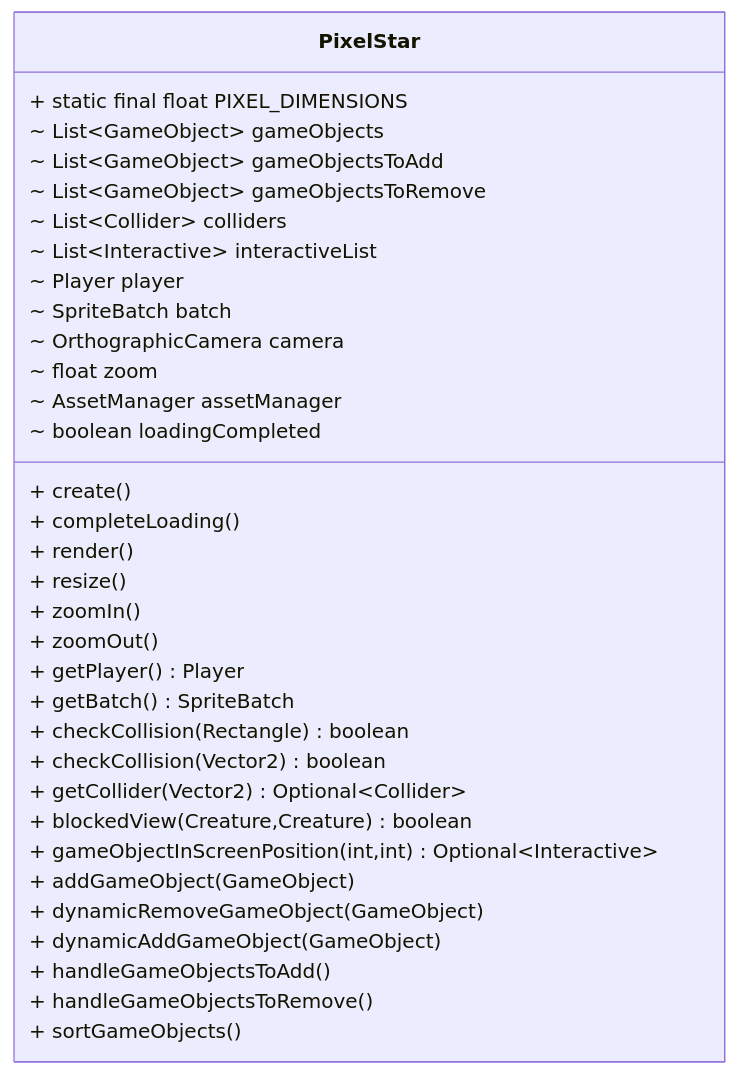
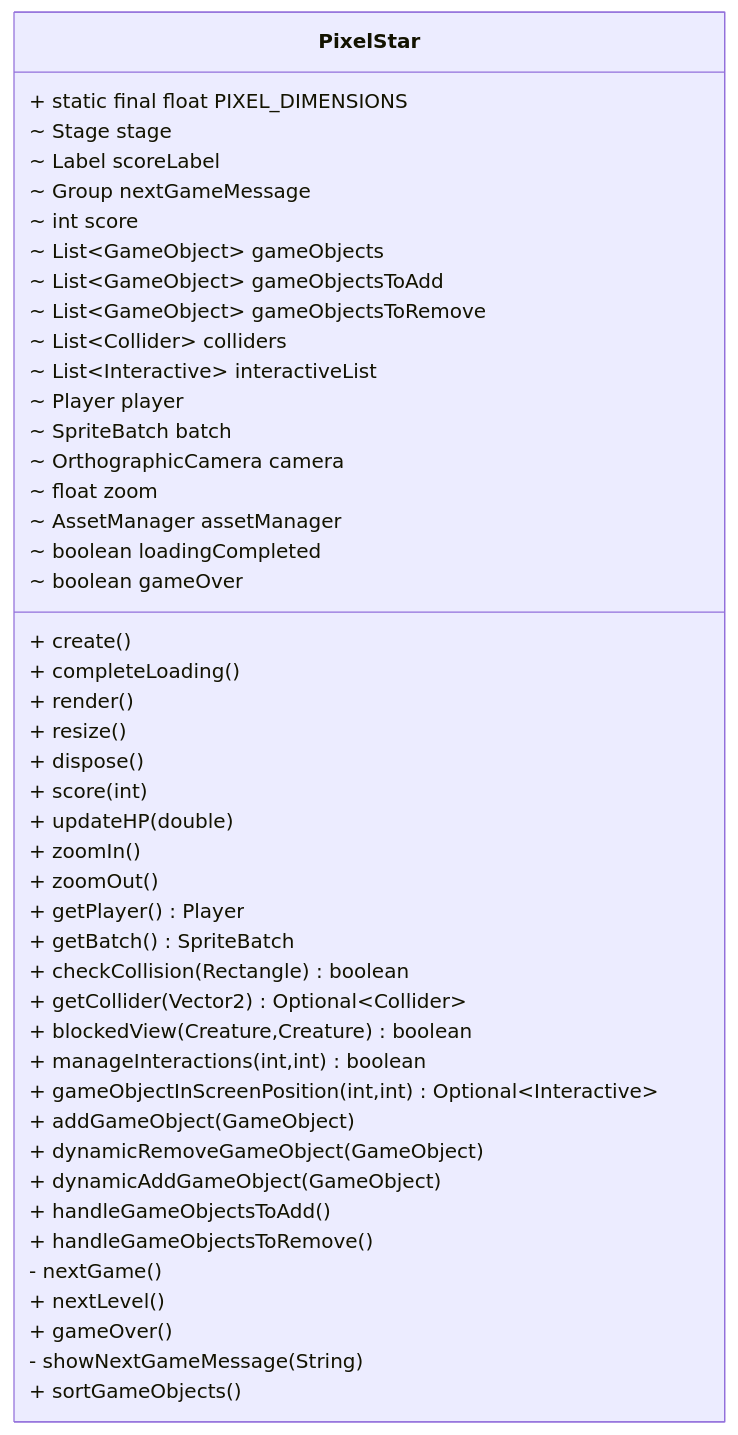
One commit to StrangeClone/PixelStars changed the diagram in core/src/com/pixelstar/README.md. Above: the diagram before and after it, drawn with Mermaid. The commit also changed 13 other files, not shown here.

````diff
--- a/core/src/com/pixelstar/README.md
+++ b/core/src/com/pixelstar/README.md
@@ -5,36 +5,48 @@
 ```mermaid
 classDiagram
 class PixelStar{
     + static final float PIXEL_DIMENSIONS
+    ~ Stage stage
+    ~ Label scoreLabel
+    ~ Group nextGameMessage
+    ~ int score
     ~ List~GameObject~ gameObjects
     ~ List~GameObject~ gameObjectsToAdd
     ~ List~GameObject~ gameObjectsToRemove
     ~ List~Collider~ colliders
     ~ List~Interactive~ interactiveList
     ~ Player player
     ~ SpriteBatch batch
     ~ OrthographicCamera camera
     ~ float zoom
     ~ AssetManager assetManager
     ~ boolean loadingCompleted
+    ~ boolean gameOver
     + create()
     + completeLoading()
     + render()
     + resize()
+    + dispose()
+    + score(int)
+    + updateHP(double)
     + zoomIn()
     + zoomOut()
     + getPlayer() Player
     + getBatch() SpriteBatch
     + checkCollision(Rectangle) boolean
-    + checkCollision(Vector2) boolean
     + getCollider(Vector2) Optional~Collider~
     + blockedView(Creature,Creature) boolean
+    + manageInteractions(int,int) boolean
     + gameObjectInScreenPosition(int,int) Optional~Interactive~
     + addGameObject(GameObject)
     + dynamicRemoveGameObject(GameObject)
     + dynamicAddGameObject(GameObject)
     + handleGameObjectsToAdd()
     + handleGameObjectsToRemove()
+    - nextGame()
+    + nextLevel()
+    + gameOver()
+    - showNextGameMessage(String)
     + sortGameObjects()
 }
 ```
````
